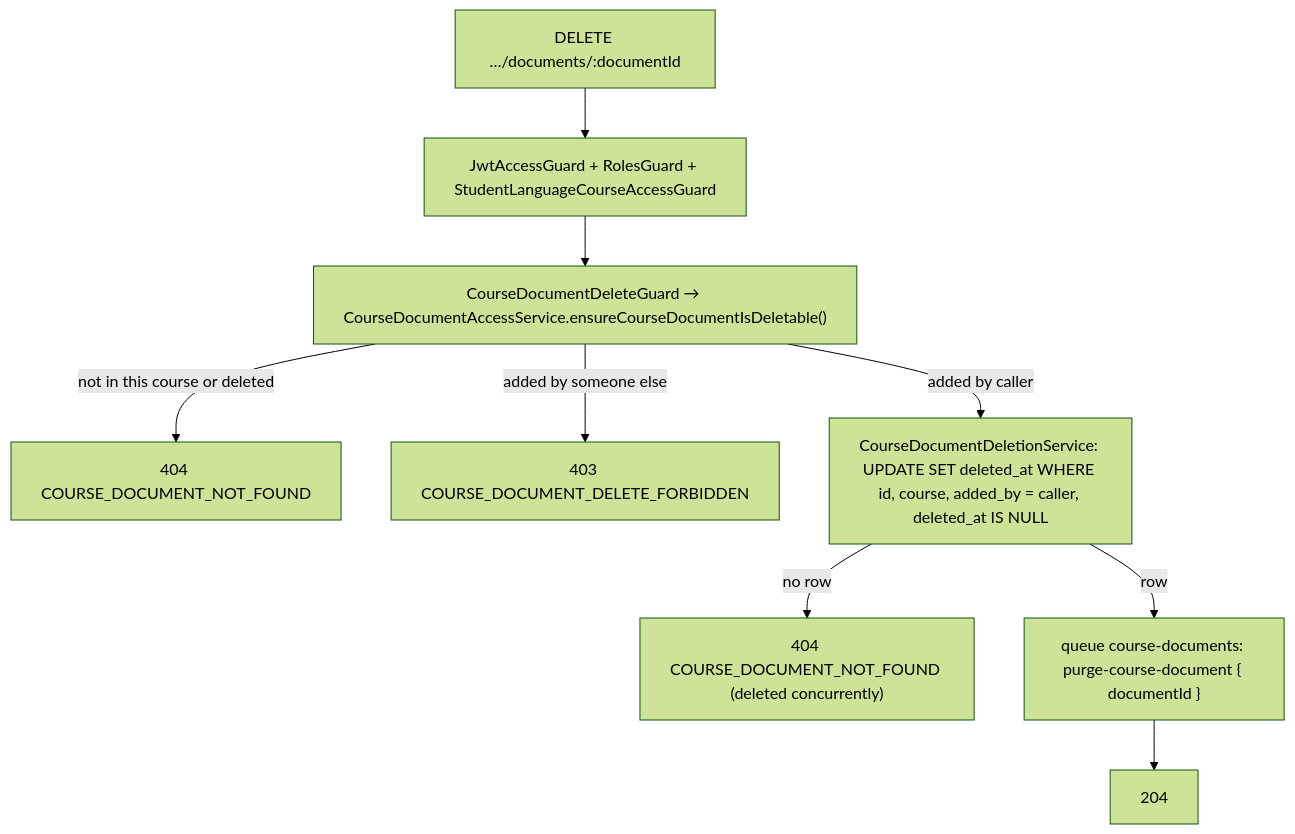
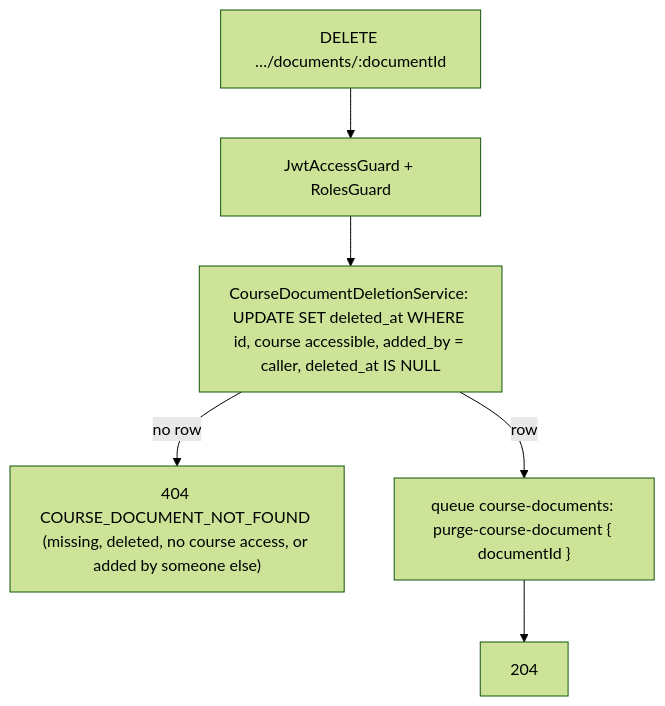
The sixth of 7 diagrams in back/docs/students/course-document-endpoints.md (KaterynaKocheharova/Practice-app), drawn with Mermaid (forest theme) before and after one commit. The commit also changed other lines of this file and 53 other files, not shown here.

Commit message:
remove redundand guards if where check possible

````diff
--- a/back/docs/students/course-document-endpoints.md
+++ b/back/docs/students/course-document-endpoints.md
@@ -147,11 +144,8 @@
 ```mermaid
 flowchart TD
-  Request["DELETE …/documents/:documentId"] --> Guards["JwtAccessGuard + RolesGuard + StudentLanguageCourseAccessGuard"]
-  Guards --> Owner["CourseDocumentDeleteGuard → CourseDocumentAccessService.ensureCourseDocumentIsDeletable()"]
-  Owner -- not in this course or deleted --> NotFound["404 COURSE_DOCUMENT_NOT_FOUND"]
-  Owner -- added by someone else --> Forbidden["403 COURSE_DOCUMENT_DELETE_FORBIDDEN"]
-  Owner -- added by caller --> Soft["CourseDocumentDeletionService: UPDATE SET deleted_at WHERE id, course, added_by = caller, deleted_at IS NULL"]
-  Soft -- no row --> Race["404 COURSE_DOCUMENT_NOT_FOUND (deleted concurrently)"]
+  Request["DELETE …/documents/:documentId"] --> Guards["JwtAccessGuard + RolesGuard"]
+  Guards --> Soft["CourseDocumentDeletionService: UPDATE SET deleted_at WHERE id, course accessible, added_by = caller, deleted_at IS NULL"]
+  Soft -- no row --> NotFound["404 COURSE_DOCUMENT_NOT_FOUND (missing, deleted, no course access, or added by someone else)"]
   Soft -- row --> Enqueue["queue course-documents: purge-course-document { documentId }"]
   Enqueue --> Response["204"]
 ```
````
